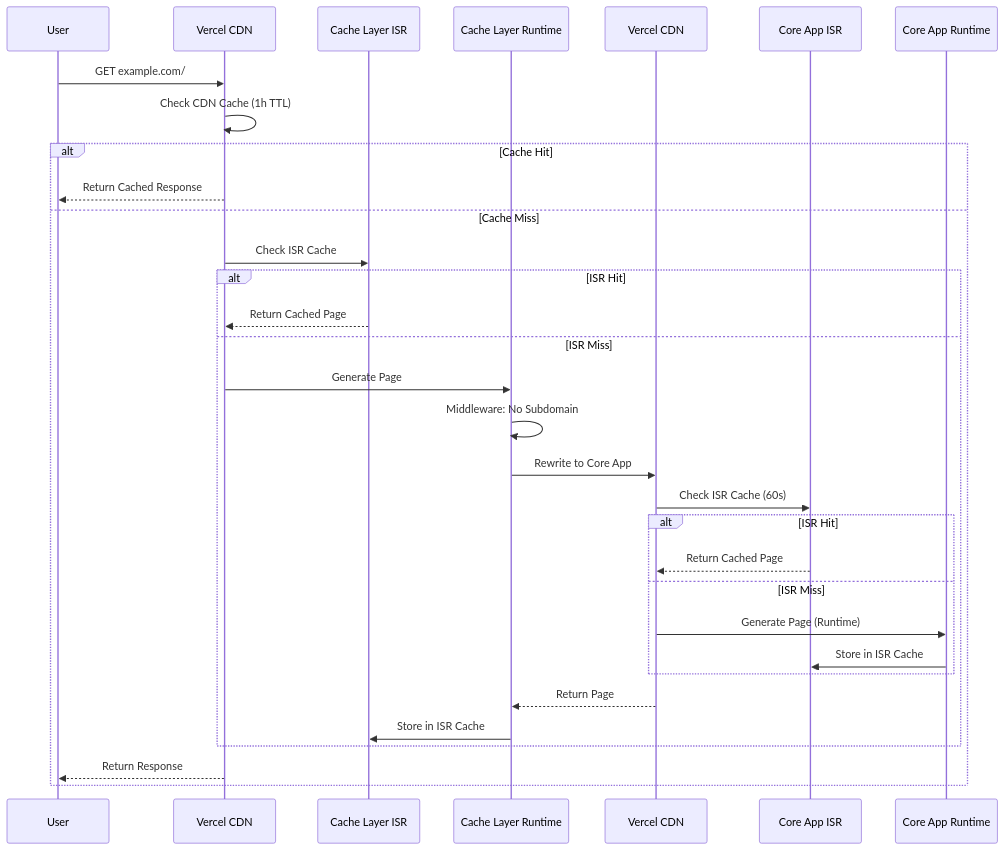
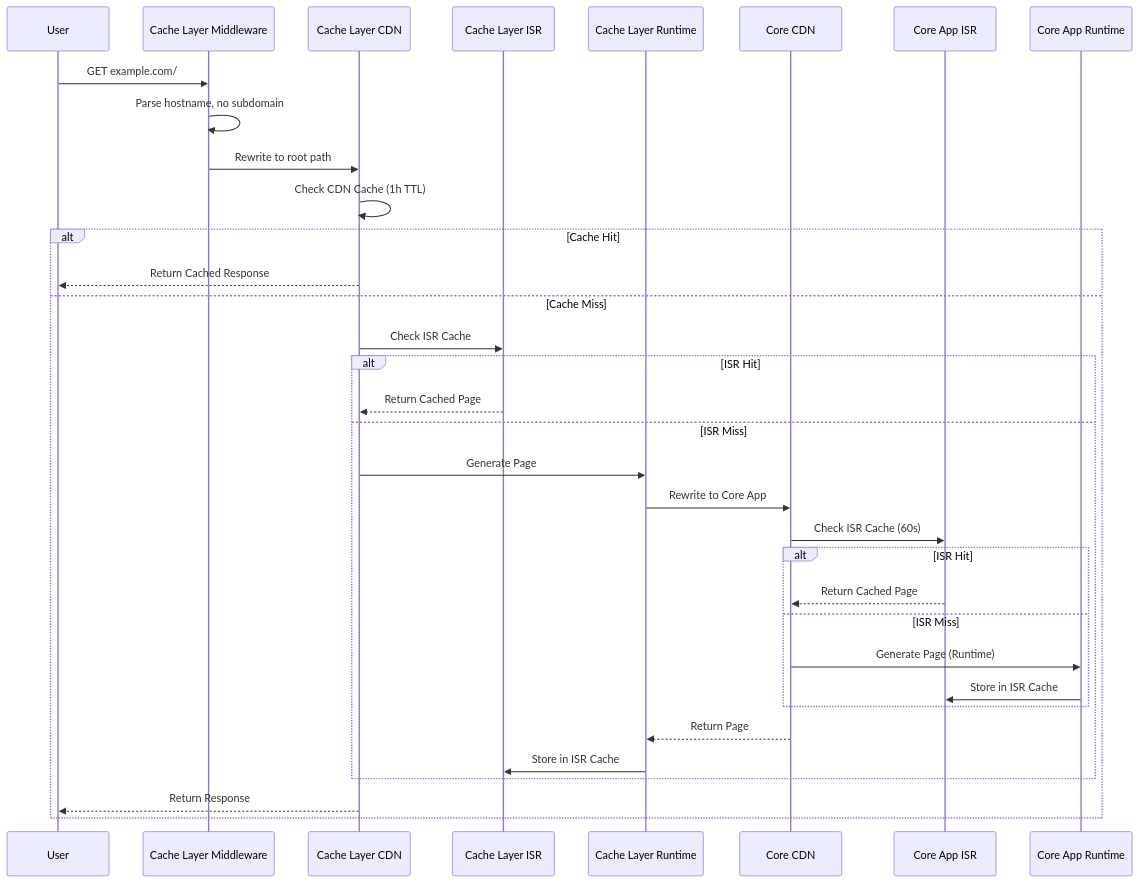
Before and after one commit to vercel-labs/isr-platform-shield: the first of 4 diagrams in docs/ARCHITECTURE.md, drawn with Mermaid. The commit also changed other lines of this file and 1 other file, not shown here.

Commit message:
fix architecture docs

````diff
--- a/docs/ARCHITECTURE.md
+++ b/docs/ARCHITECTURE.md
@@ -42,35 +7,37 @@
 ```mermaid
 sequenceDiagram
     participant U as User
-    participant VCL as Vercel CDN
+    participant VCL_MW as Cache Layer Middleware
+    participant VCL as Cache Layer CDN
     participant VCL_ISR as Cache Layer ISR
     participant VCL_RT as Cache Layer Runtime
-    participant VCA as Vercel CDN
+    participant VCA as Core CDN
     participant VCA_ISR as Core App ISR
     participant VCA_RT as Core App Runtime
 
-    U->>VCL: GET example.com/
+    U->>VCL_MW: GET example.com/
+    VCL_MW->>VCL_MW: Parse hostname, no subdomain
+    VCL_MW->>VCL: Rewrite to root path
     VCL->>VCL: Check CDN Cache (1h TTL)
     alt Cache Hit
         VCL-->>U: Return Cached Response
     else Cache Miss
         VCL->>VCL_ISR: Check ISR Cache
         alt ISR Hit
             VCL_ISR-->>VCL: Return Cached Page
         else ISR Miss
             VCL->>VCL_RT: Generate Page
-            VCL_RT->>VCL_RT: Middleware: No Subdomain
             VCL_RT->>VCA: Rewrite to Core App
             VCA->>VCA_ISR: Check ISR Cache (60s)
             alt ISR Hit
                 VCA_ISR-->>VCA: Return Cached Page
             else ISR Miss
                 VCA->>VCA_RT: Generate Page (Runtime)
                 VCA_RT->>VCA_ISR: Store in ISR Cache
             end
             VCA-->>VCL_RT: Return Page
             VCL_RT->>VCL_ISR: Store in ISR Cache
         end
         VCL-->>U: Return Response
     end
 ```
````
